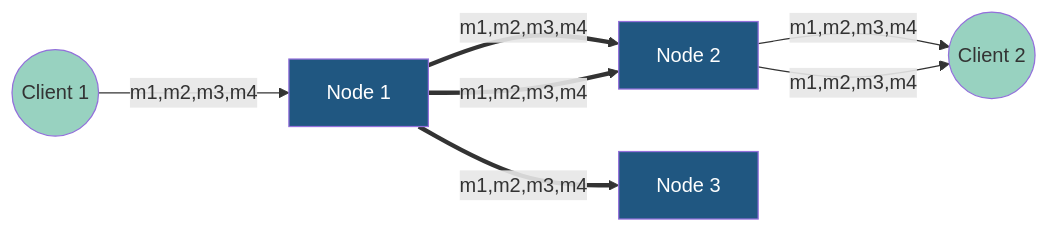
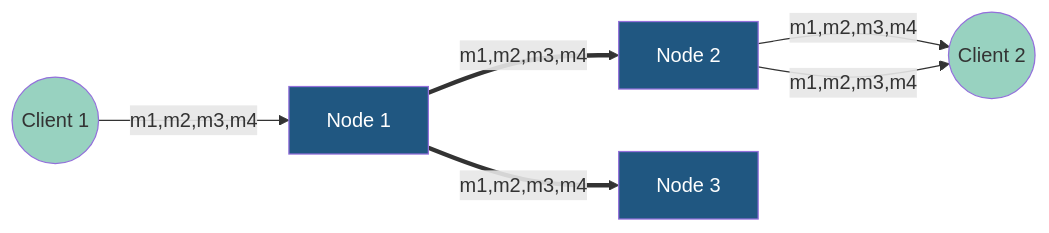
Before and after one commit to niklas-enns/message-broker: the third of 3 diagrams in README.md, drawn with Mermaid.

Commit message:
reformat table

````diff
--- a/README.md
+++ b/README.md
@@ -110,17 +110,16 @@
 ```mermaid
 graph LR;
     N1[Node 1]==>|m1,m2,m3,m4|N2[Node 2]
-    N1==>|m1,m2,m3,m4|N2
     N1==>|m1,m2,m3,m4|N3[Node 3]
     
     C1((Client 1))-->|m1,m2,m3,m4|N1;
     N2-->|m1,m2,m3,m4|C2((Client 2));
     N2-->|m1,m2,m3,m4|C2((Client 2));
     
     classDef c1 fill:#205781,color:white;
     classDef c2 fill:#4F959D,color:white;
     classDef c3 fill:#98D2C0;
     classDef c4 fill:#F6F8D5;
     class N1,N2,N3 c1
     class C1,C2,C3,C4 c3
 ```
````
